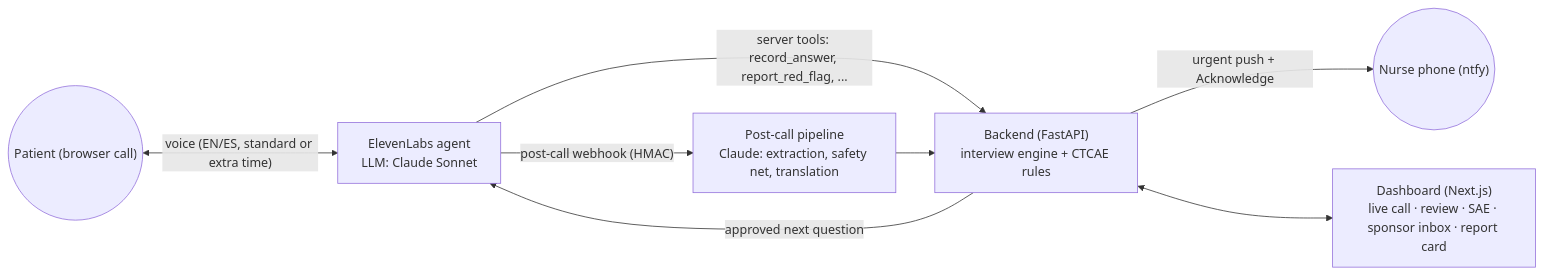
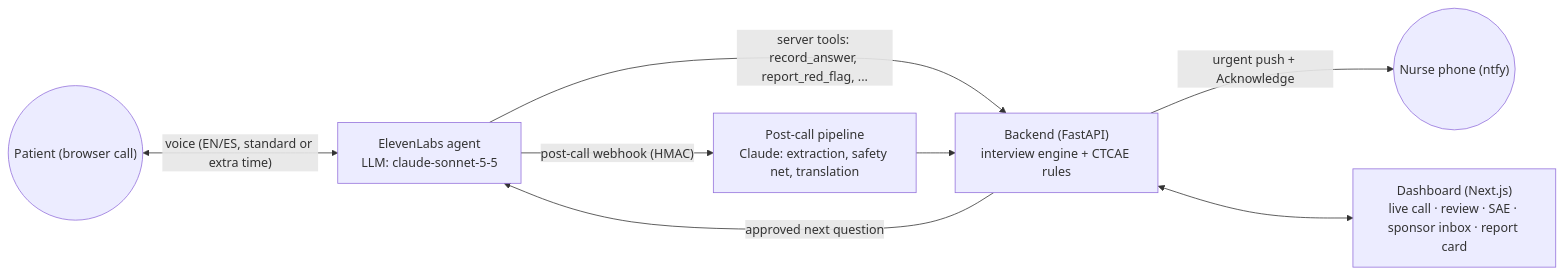
Before and after one commit to feruzkarimovv/between-visits: the diagram in README.md, drawn with Mermaid. The commit also changed other lines of this file and 9 other files, not shown here.

First line of the commit message:
WS1-V9: pin the agent LLM to the evaluated claude-sonnet-5-5; --snapshot and offline config hash check

````diff
--- a/README.md
+++ b/README.md
@@ -20,10 +20,10 @@
 ```mermaid
 flowchart LR
-  P(("Patient (browser call)")) <-->|"voice (EN/ES, standard or extra time)"| EL["ElevenLabs agent<br/>LLM: Claude Sonnet"]
+  P(("Patient (browser call)")) <-->|"voice (EN/ES, standard or extra time)"| EL["ElevenLabs agent<br/>LLM: claude-sonnet-5-5"]
   EL -->|"server tools: record_answer, report_red_flag, ..."| BE["Backend (FastAPI)<br/>interview engine + CTCAE rules"]
   BE -->|"approved next question"| EL
   BE -->|"urgent push + Acknowledge"| N(("Nurse phone (ntfy)"))
   EL -->|"post-call webhook (HMAC)"| PC["Post-call pipeline<br/>Claude: extraction, safety net, translation"]
   PC --> BE
   BE <--> FE["Dashboard (Next.js)<br/>live call · review · SAE · sponsor inbox · report card"]
 ```
````
